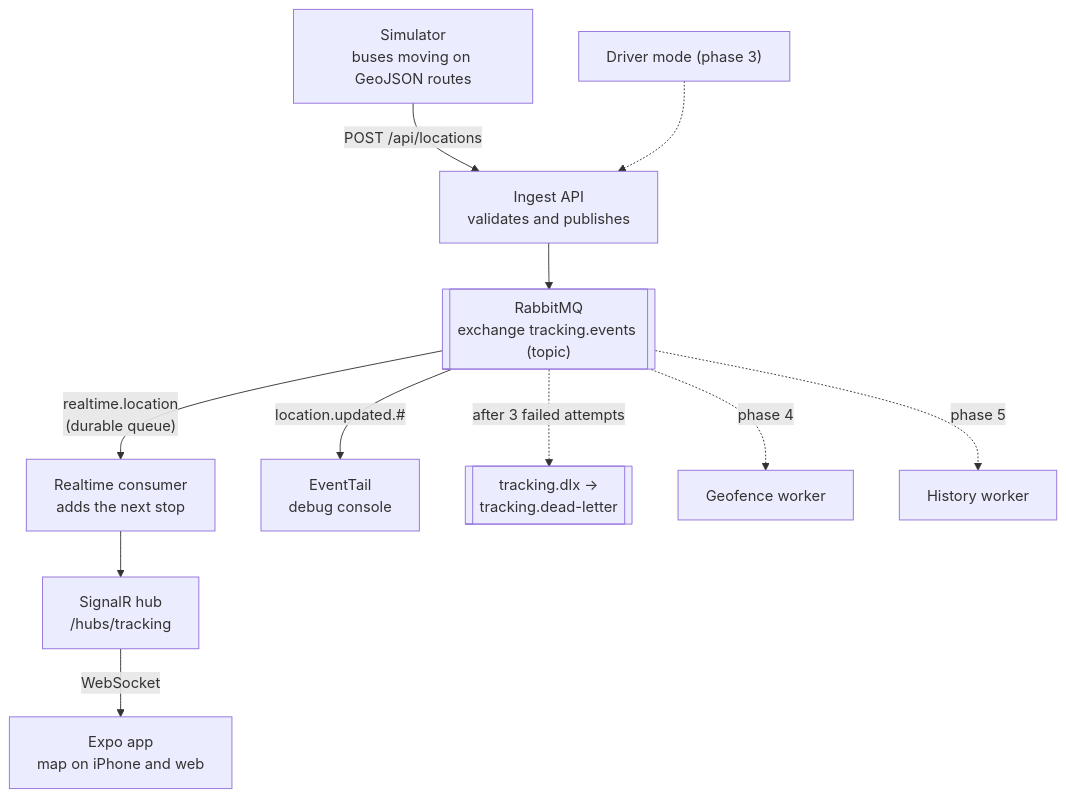
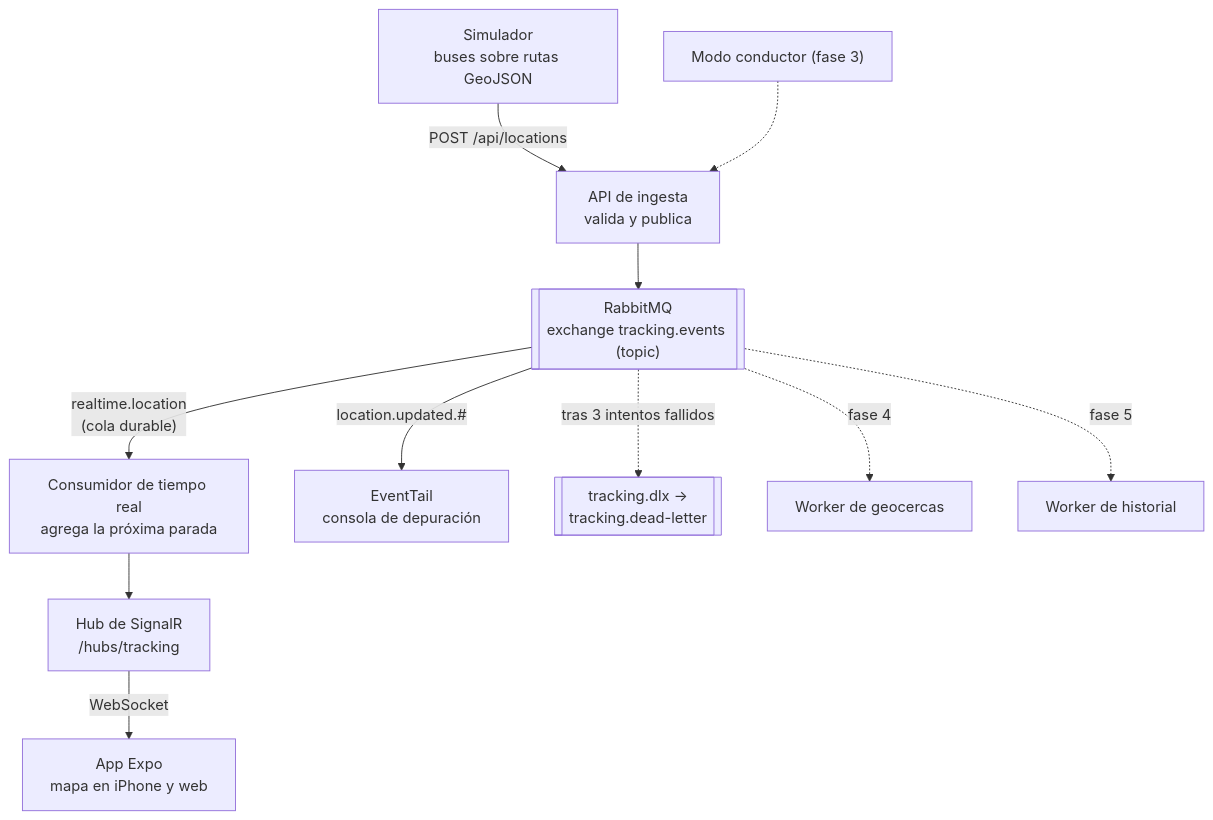
The diagram in README.md (juancitowillyr46/realtime-bus-tracking), drawn with Mermaid before and after one commit. The commit also changed other lines of this file, not shown here.

````diff
--- a/README.md
+++ b/README.md
@@ -9,15 +9,15 @@
 ```mermaid
 flowchart TD
-    SIM["Simulator<br/>buses moving on GeoJSON routes"] -->|POST /api/locations| API
-    API["Ingest API<br/>validates and publishes"] --> MQ
+    SIM["Simulador<br/>buses sobre rutas GeoJSON"] -->|POST /api/locations| API
+    API["API de ingesta<br/>valida y publica"] --> MQ
     MQ[["RabbitMQ<br/>exchange tracking.events (topic)"]]
-    MQ -->|"realtime.location<br/>(durable queue)"| RT["Realtime consumer<br/>adds the next stop"]
-    RT --> HUB["SignalR hub<br/>/hubs/tracking"]
-    HUB -->|WebSocket| APP["Expo app<br/>map on iPhone and web"]
-    MQ -->|"location.updated.#"| TAIL["EventTail<br/>debug console"]
-    MQ -.->|"after 3 failed attempts"| DLQ[["tracking.dlx →<br/>tracking.dead-letter"]]
+    MQ -->|"realtime.location<br/>(cola durable)"| RT["Consumidor de tiempo real<br/>agrega la próxima parada"]
+    RT --> HUB["Hub de SignalR<br/>/hubs/tracking"]
+    HUB -->|WebSocket| APP["App Expo<br/>mapa en iPhone y web"]
+    MQ -->|"location.updated.#"| TAIL["EventTail<br/>consola de depuración"]
+    MQ -.->|"tras 3 intentos fallidos"| DLQ[["tracking.dlx →<br/>tracking.dead-letter"]]
 
-    DRV["Driver mode (phase 3)"] -.-> API
-    MQ -.->|phase 4| GEO["Geofence worker"]
-    MQ -.->|phase 5| HIS["History worker"]
+    DRV["Modo conductor (fase 3)"] -.-> API
+    MQ -.->|fase 4| GEO["Worker de geocercas"]
+    MQ -.->|fase 5| HIS["Worker de historial"]
 ```
````
